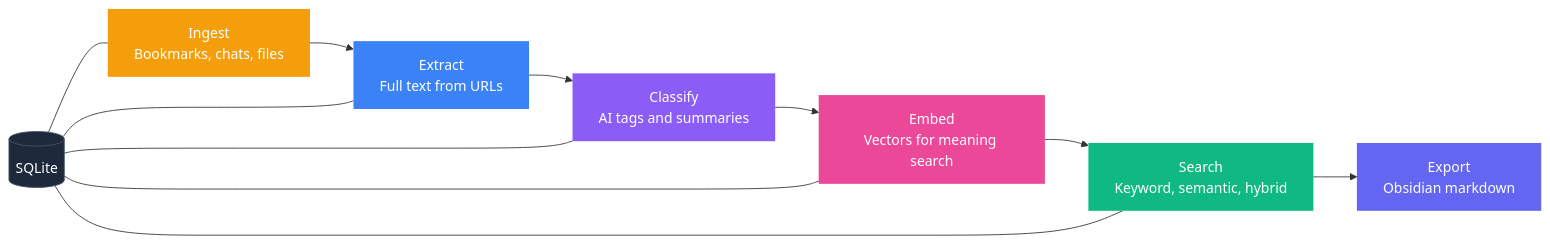
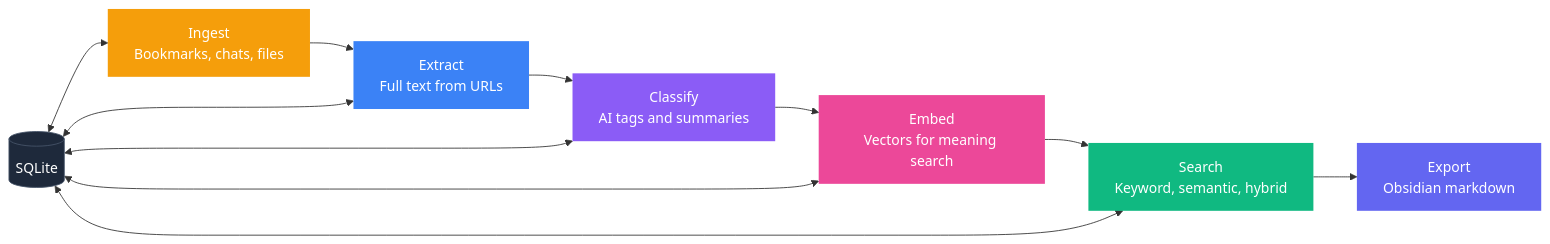
One commit to ZealousEar/ideabank changed the first of 2 diagrams in README.md. Above: the diagram before and after it, drawn with Mermaid.

Commit message:
Restore bidirectional arrows on pipeline diagram

````diff
--- a/README.md
+++ b/README.md
@@ -129,22 +129,22 @@
 ```mermaid
 flowchart LR
     A["Ingest\nBookmarks, chats, files"] --> B["Extract\nFull text from URLs"]
     B --> C["Classify\nAI tags and summaries"]
     C --> D["Embed\nVectors for meaning search"]
     D --> E["Search\nKeyword, semantic, hybrid"]
     E --> F["Export\nObsidian markdown"]
 
-    DB[("SQLite")] --- A
-    DB --- B
-    DB --- C
-    DB --- D
-    DB --- E
+    DB[("SQLite")] <--> A
+    DB <--> B
+    DB <--> C
+    DB <--> D
+    DB <--> E
 
     style A fill:#F59E0B,color:#fff,stroke:none
     style B fill:#3B82F6,color:#fff,stroke:none
     style C fill:#8B5CF6,color:#fff,stroke:none
     style D fill:#EC4899,color:#fff,stroke:none
     style E fill:#10B981,color:#fff,stroke:none
     style F fill:#6366F1,color:#fff,stroke:none
     style DB fill:#1E293B,color:#fff,stroke:#475569
 ```
````
